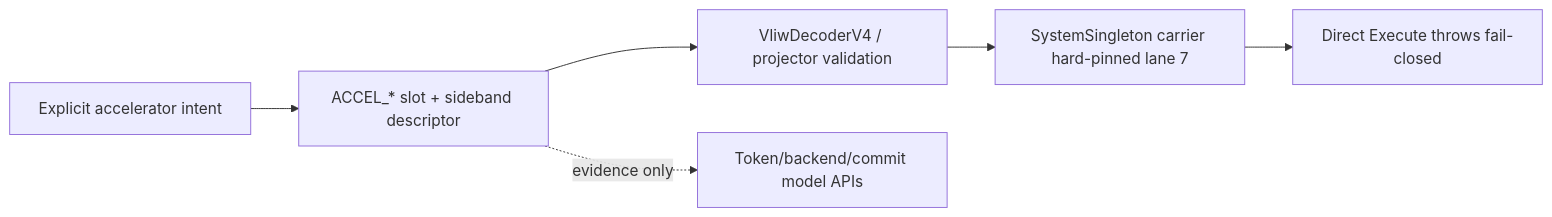
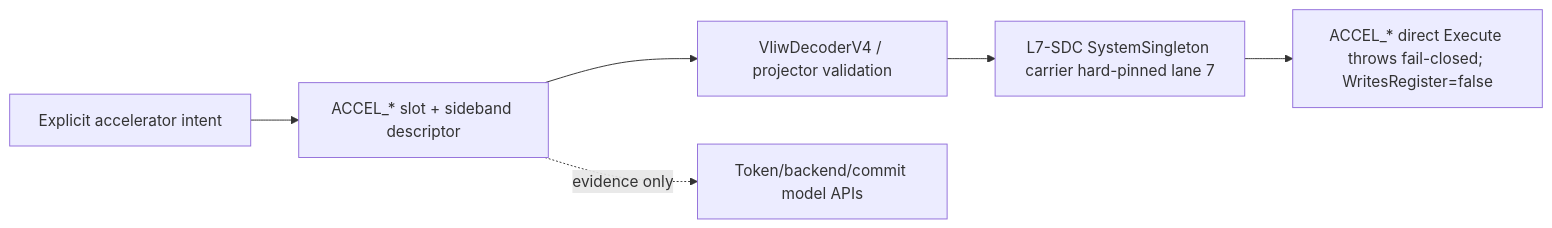
One commit to yuriyyak23/HybridCPU-v2 changed the fourth of 15 diagrams in README.md. Above: the diagram before and after it, drawn with Mermaid. The commit also changed other lines of this file, not shown here.

First line of the commit message:
Enhance README with updated lane and component details

````diff
--- a/README.md
+++ b/README.md
@@ -368,8 +378,8 @@
 ```mermaid
 flowchart LR
     INTENT["Explicit accelerator intent"] --> SIDE["ACCEL_* slot + sideband descriptor"]
     SIDE --> DEC["VliwDecoderV4 / projector validation"]
-    DEC --> L7["SystemSingleton carrier hard-pinned lane 7"]
-    L7 --> CLOSED["Direct Execute throws fail-closed"]
+    DEC --> L7["L7-SDC SystemSingleton carrier hard-pinned lane 7"]
+    L7 --> CLOSED["ACCEL_* direct Execute throws fail-closed; WritesRegister=false"]
     SIDE -. "evidence only" .-> MODEL["Token/backend/commit model APIs"]
 ```
````
